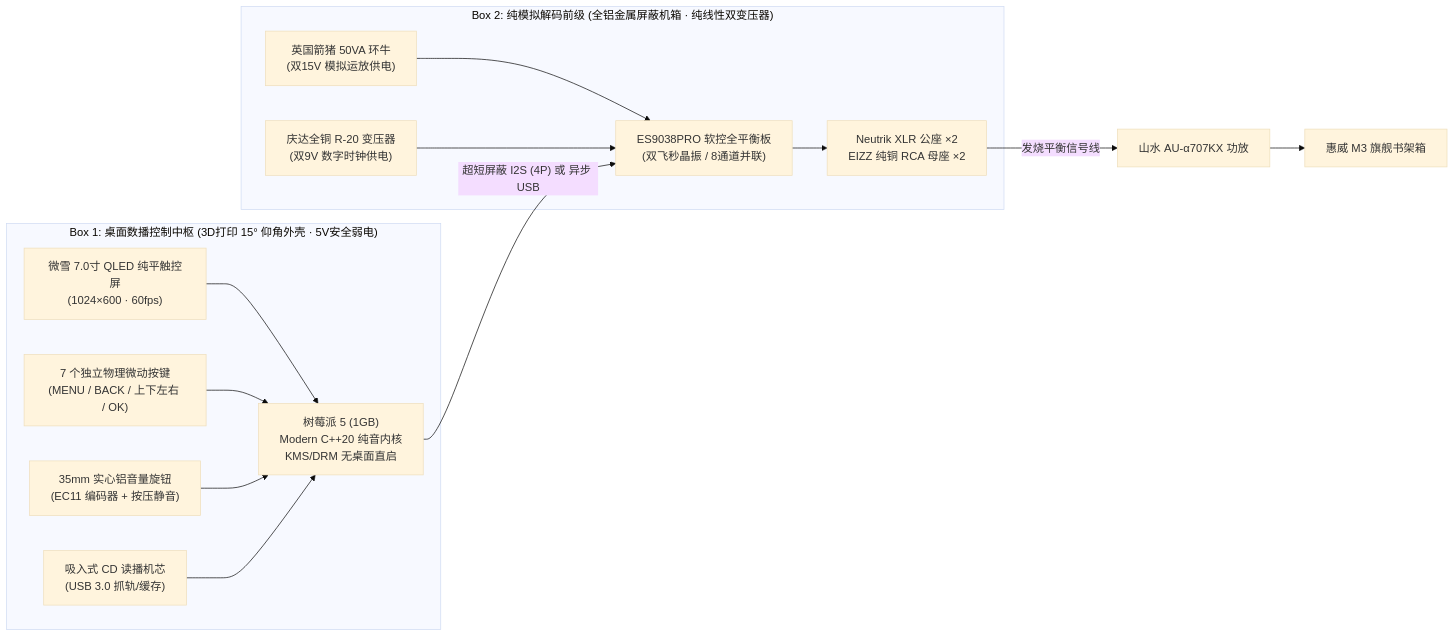
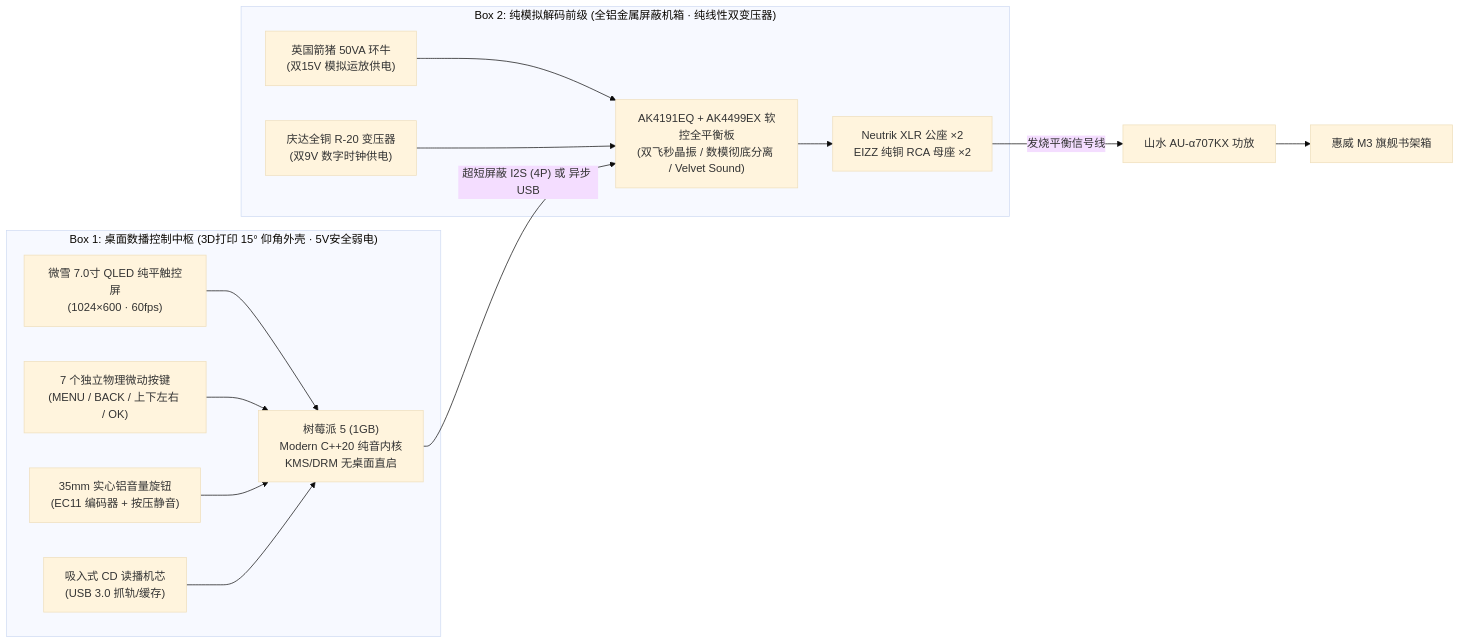
Before and after one commit to woxiyonghao/pi-hifi-player: the diagram in doc/README.md, drawn with Mermaid (base theme). The commit also changed other lines of this file and 12 other files, not shown here.

````diff
--- a/doc/README.md
+++ b/doc/README.md
@@ -32,23 +32,23 @@
 ```mermaid
 flowchart LR
     subgraph StreamerBox ["Box 1: 桌面数播控制中枢 (3D打印 15° 仰角外壳 · 5V安全弱电)"]
         UI["微雪 7.0寸 QLED 纯平触控屏<br>(1024×600 · 60fps)"]
         Keys["7 个独立物理微动按键<br>(MENU / BACK / 上下左右 / OK)"]
         Knob["35mm 实心铝音量旋钮<br>(EC11 编码器 + 按压静音)"]
         CD["吸入式 CD 读播机芯<br>(USB 3.0 抓轨/缓存)"]
         RPI["树莓派 5 (1GB)<br>Modern C++20 纯音内核<br>KMS/DRM 无桌面直启"]
         UI & Keys & Knob & CD --> RPI
     end
 
     subgraph DACBox ["Box 2: 纯模拟解码前级 (全铝金属屏蔽机箱 · 纯线性双变压器)"]
-        DAC["ES9038PRO 软控全平衡板<br>(双飞秒晶振 / 8通道并联)"]
+        DAC["AK4191EQ + AK4499EX 软控全平衡板<br>(双飞秒晶振 / 数模彻底分离 / Velvet Sound)"]
         Power1["英国箭猪 50VA 环牛<br>(双15V 模拟运放供电)"]
         Power2["庆达全铜 R-20 变压器<br>(双9V 数字时钟供电)"]
         Terminals["Neutrik XLR 公座 ×2<br>EIZZ 纯铜 RCA 母座 ×2"]
         Power1 & Power2 --> DAC
         DAC --> Terminals
     end
 
     RPI -- "超短屏蔽 I2S (4P) 或 异步 USB" --> DAC
     Terminals -- "发烧平衡信号线" --> AMP["山水 AU-α707KX 功放"] --> SPK["惠威 M3 旗舰书架箱"]
 ```
````
